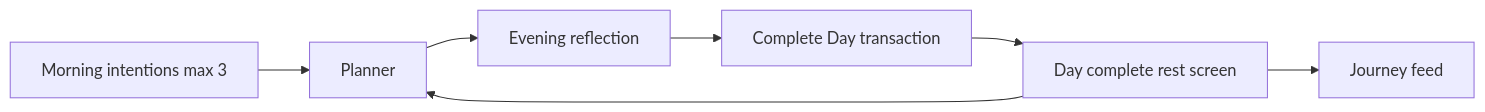
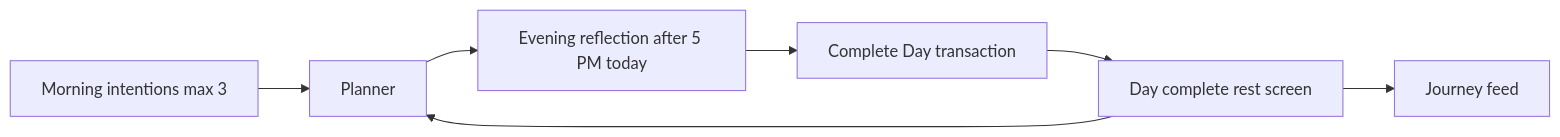
The third of 4 diagrams in docs/diagrams/app-flows.md (chingalo-family/slow-journey), drawn with Mermaid before and after one commit. The commit also changed other lines of this file and 9 other files, not shown here.

Commit message:
feat: Enhance user flow for PIN unlock and intentions setup, update notifications and planner documentation

````diff
--- a/docs/diagrams/app-flows.md
+++ b/docs/diagrams/app-flows.md
@@ -42,9 +48,9 @@
 ```mermaid
 flowchart LR
   morning[Morning intentions max 3] --> planner[Planner week or month]
-  planner --> evening[Evening reflection]
+  planner --> evening[Evening reflection after 5 PM today]
   evening --> complete[Complete Day transaction]
   complete --> rest[Day complete rest screen]
   rest --> feed[Journey feed]
   rest --> planner[Planner]
 ```
````
